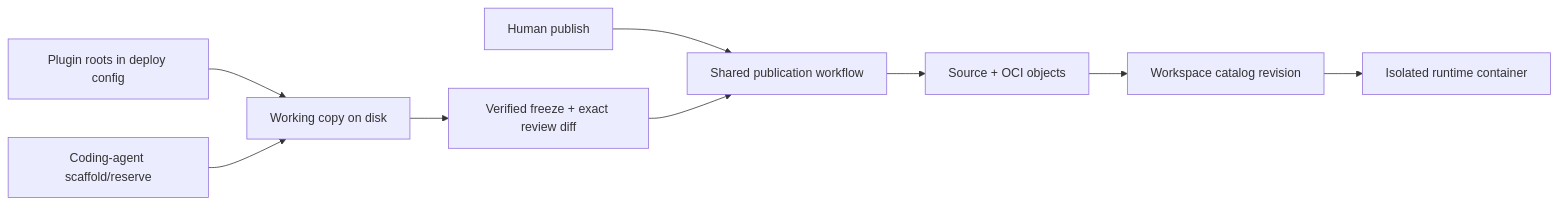
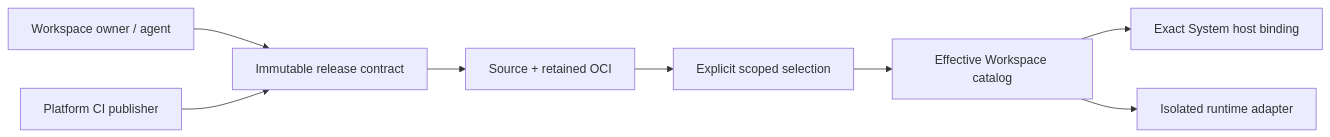
One commit to artpods56/KUL_IDUB_EcclesialSchematisms changed the diagram in docs/design/plugin-unification.md. Above: the diagram before and after it, drawn with Mermaid. The commit also changed other lines of this file and 19 other files, not shown here.

Commit message:
docs(plugins): record unified release architecture and cutover

````diff
--- a/docs/design/plugin-unification.md
+++ b/docs/design/plugin-unification.md
@@ -89,11 +100,10 @@
 ```mermaid
 flowchart LR
-    Roots["Plugin roots in deploy config"] --> Copy["Working copy on disk"]
-    Agent["Coding-agent scaffold/reserve"] --> Copy
-    Copy --> Diff["Verified freeze + exact review diff"]
-    Human["Human publish"] --> Publish["Shared publication workflow"]
-    Diff --> Publish
-    Publish --> Store["Source + OCI objects"]
-    Store --> Catalog["Workspace catalog revision"]
-    Catalog --> Run["Isolated runtime container"]
+    Workspace["Workspace owner / agent"] --> Freeze["Immutable release contract"]
+    Platform["Platform CI publisher"] --> Freeze
+    Freeze --> Store["Source + retained OCI"]
+    Store --> Selection["Explicit scoped selection"]
+    Selection --> Catalog["Effective Workspace catalog"]
+    Catalog --> Host["Exact System host binding"]
+    Catalog --> OCI["Isolated runtime adapter"]
 ```
````
